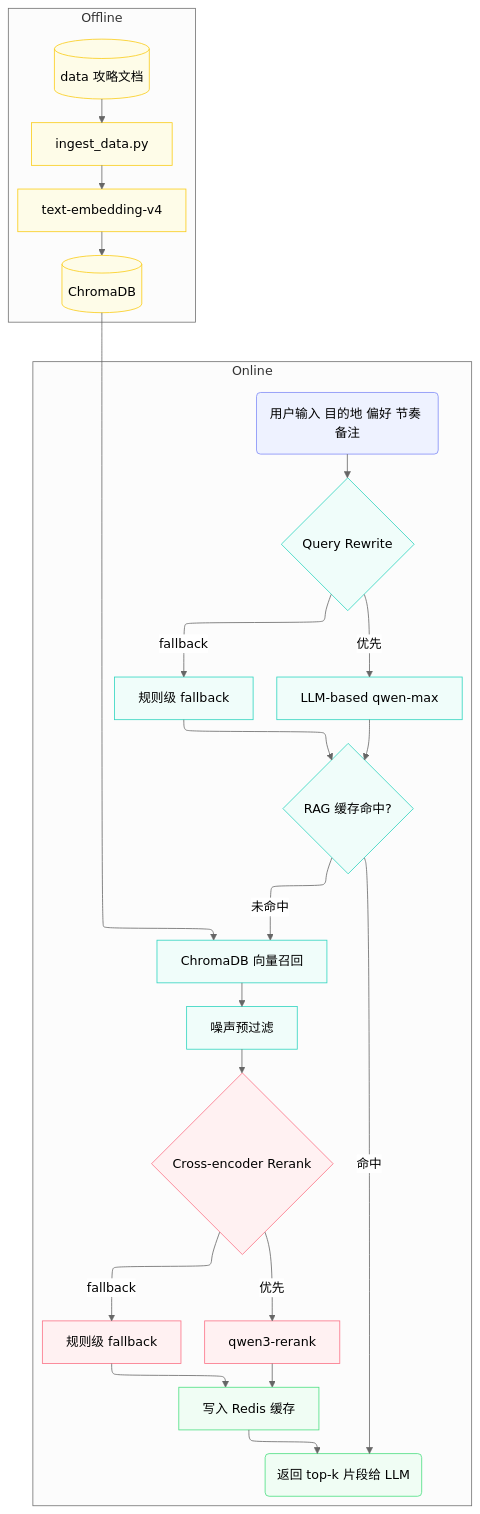
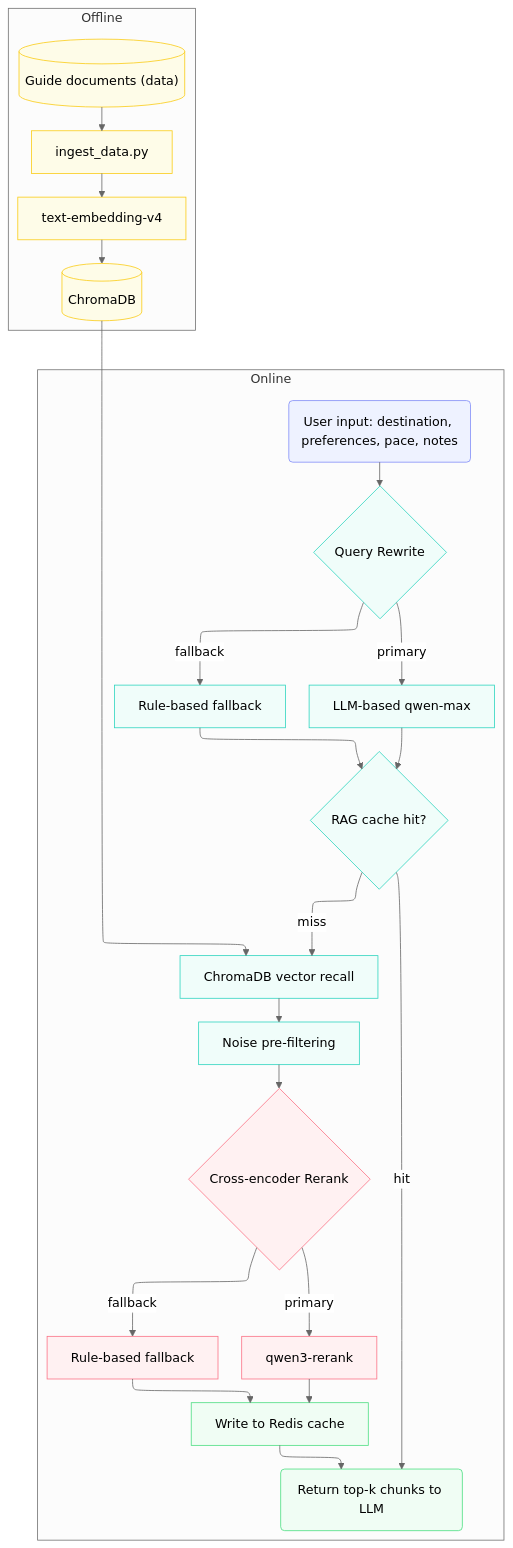
Before and after one commit to smartestjamie-art/ai-travel-planner: the second of 3 diagrams in README.md, drawn with Mermaid (neutral theme). The commit also changed other lines of this file and 51 other files, not shown here.

````diff
--- a/README.md
+++ b/README.md
@@ -224,62 +224,62 @@
 ```mermaid
 %%{init: {"layout": "elk"}}%%
 flowchart TD
     %% ------- Offline -------
     subgraph Offline
-        Guides[("data 攻略文档")]
+        Guides[("Guide documents (data)")]
         Ingest["ingest_data.py"]
         Embed["text-embedding-v4"]
         DB[("ChromaDB")]
 
         Guides --> Ingest
         Ingest --> Embed
         Embed --> DB
     end
 
     %% ------- Online -------
     subgraph Online
-        Input("用户输入 目的地 偏好 节奏 备注")
+        Input("User input: destination, preferences, pace, notes")
         QR{"Query Rewrite"}
         LLM_QR["LLM-based qwen-max"]
-        Rule_QR["规则级 fallback"]
-        Cache{"RAG 缓存命中?"}
-        Vector["ChromaDB 向量召回"]
-        Noise["噪声预过滤"]
+        Rule_QR["Rule-based fallback"]
+        Cache{"RAG cache hit?"}
+        Vector["ChromaDB vector recall"]
+        Noise["Noise pre-filtering"]
         Rerank{"Cross-encoder Rerank"}
         DS["qwen3-rerank"]
-        Rule_RR["规则级 fallback"]
-        SetCache["写入 Redis 缓存"]
-        Output("返回 top-k 片段给 LLM")
+        Rule_RR["Rule-based fallback"]
+        SetCache["Write to Redis cache"]
+        Output("Return top-k chunks to LLM")
 
         Input --> QR
-        QR -->|优先| LLM_QR
+        QR -->|primary| LLM_QR
         QR -->|fallback| Rule_QR
         LLM_QR --> Cache
         Rule_QR --> Cache
-        Cache -->|命中| Output
-        Cache -->|未命中| Vector
+        Cache -->|hit| Output
+        Cache -->|miss| Vector
         Vector --> Noise
         Noise --> Rerank
-        Rerank -->|优先| DS
+        Rerank -->|primary| DS
         Rerank -->|fallback| Rule_RR
         DS --> SetCache
         Rule_RR --> SetCache
         SetCache --> Output
     end
 
     DB --> Vector
 
     %% ------- Color definitions -------
     classDef offline fill:#fefce8,stroke:#facc15;
     classDef online_input fill:#eef2ff,stroke:#818cf8;
     classDef online_logic fill:#f0fdfa,stroke:#2dd4bf;
     classDef retrieve fill:#fdf4ff,stroke:#e879f9;
     classDef rerank fill:#fff1f2,stroke:#fb7185;
     classDef output fill:#f0fdf4,stroke:#4ade80;
 
     class Guides,Ingest,Embed,DB offline;
     class Input online_input;
     class QR,LLM_QR,Rule_QR,Cache,Vector,Noise online_logic;
     class Rerank,DS,Rule_RR rerank;
     class SetCache,Output output;
 ```
````
